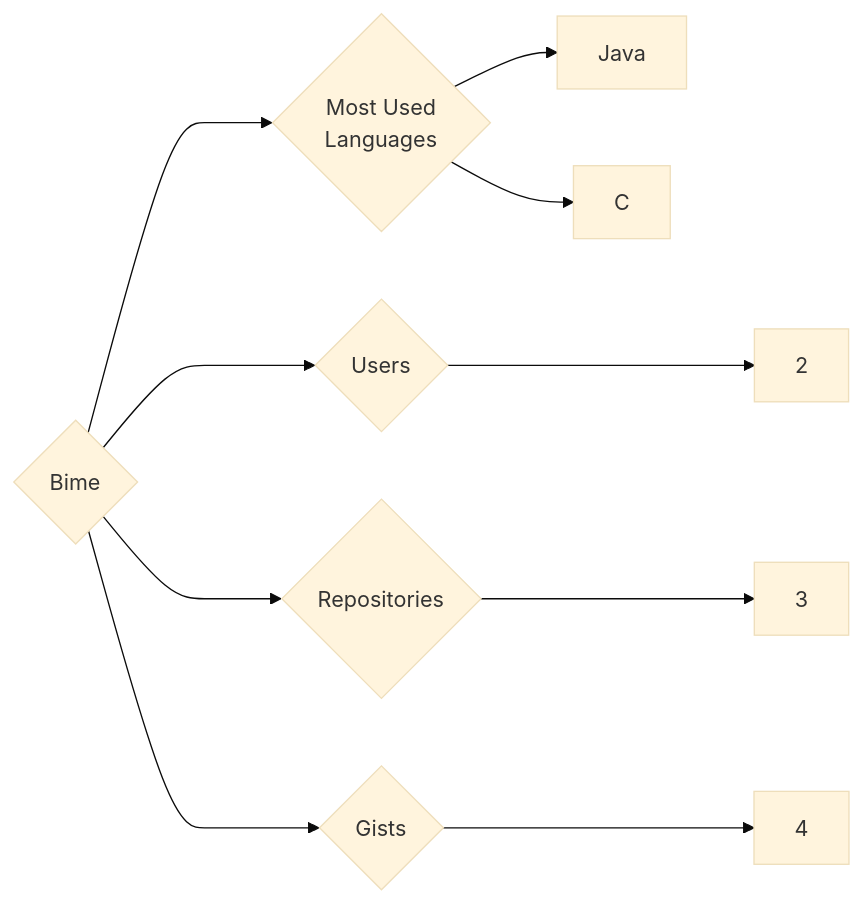
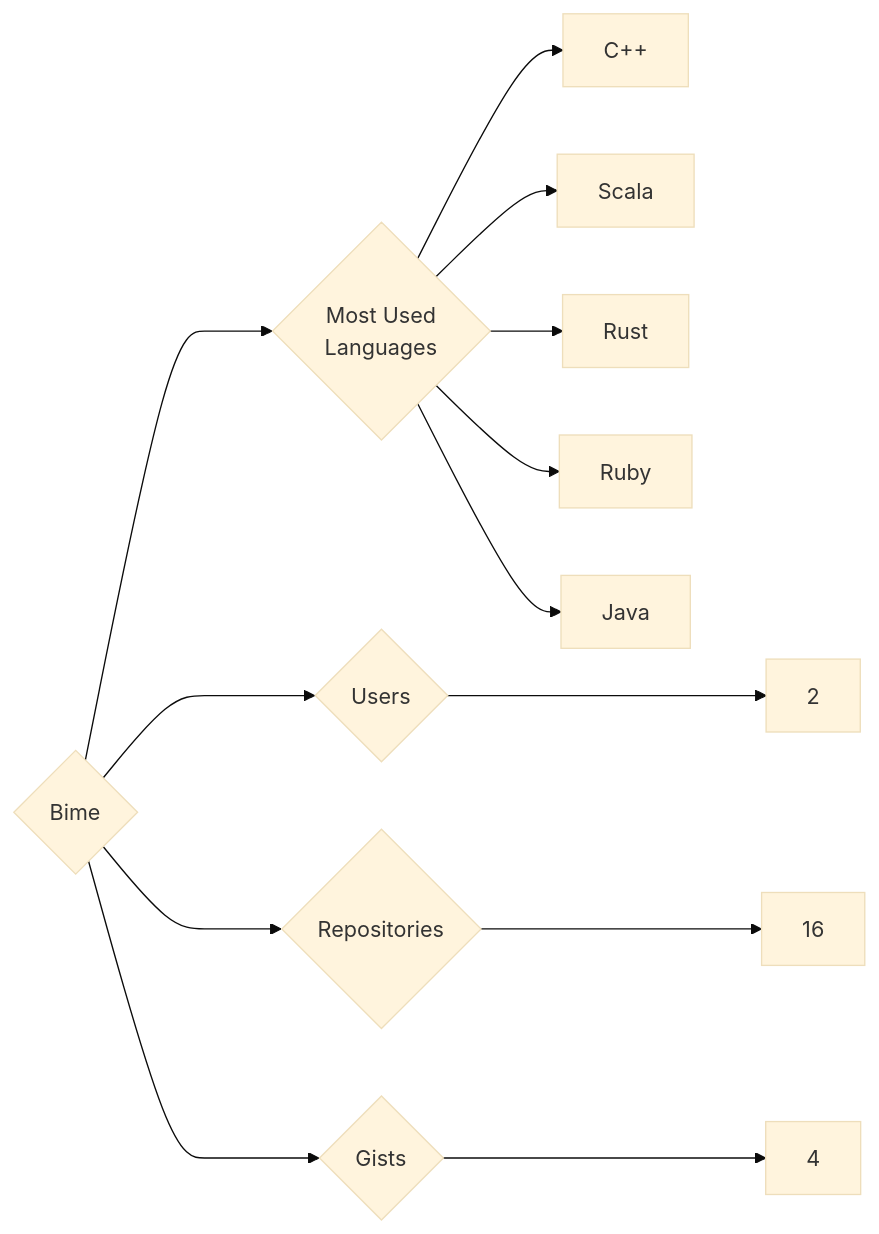
One commit to trickest/insiders changed the diagram in targets/Bime/README.md. Above: the diagram before and after it, drawn with Mermaid (base theme). The commit also changed 1141 other files, not shown here.

````diff
--- a/targets/Bime/README.md
+++ b/targets/Bime/README.md
@@ -3,10 +3,13 @@
 ```mermaid
 graph LR
 COMPANY_NAME{Bime}
 COMPANY_NAME ---> U{Users} ---> UN[2]
-COMPANY_NAME ---> R{Repositories} ---> RN[3]
+COMPANY_NAME ---> R{Repositories} ---> RN[16]
 COMPANY_NAME ---> G{Gists} ---> GN[4]
 COMPANY_NAME ---> ML{Most Used<br>Languages}
+ML --> C++[C++]
+ML --> Scala[Scala]
+ML --> Rust[Rust]
+ML --> Ruby[Ruby]
 ML --> Java[Java]
-ML --> C[C]
 ```
````
